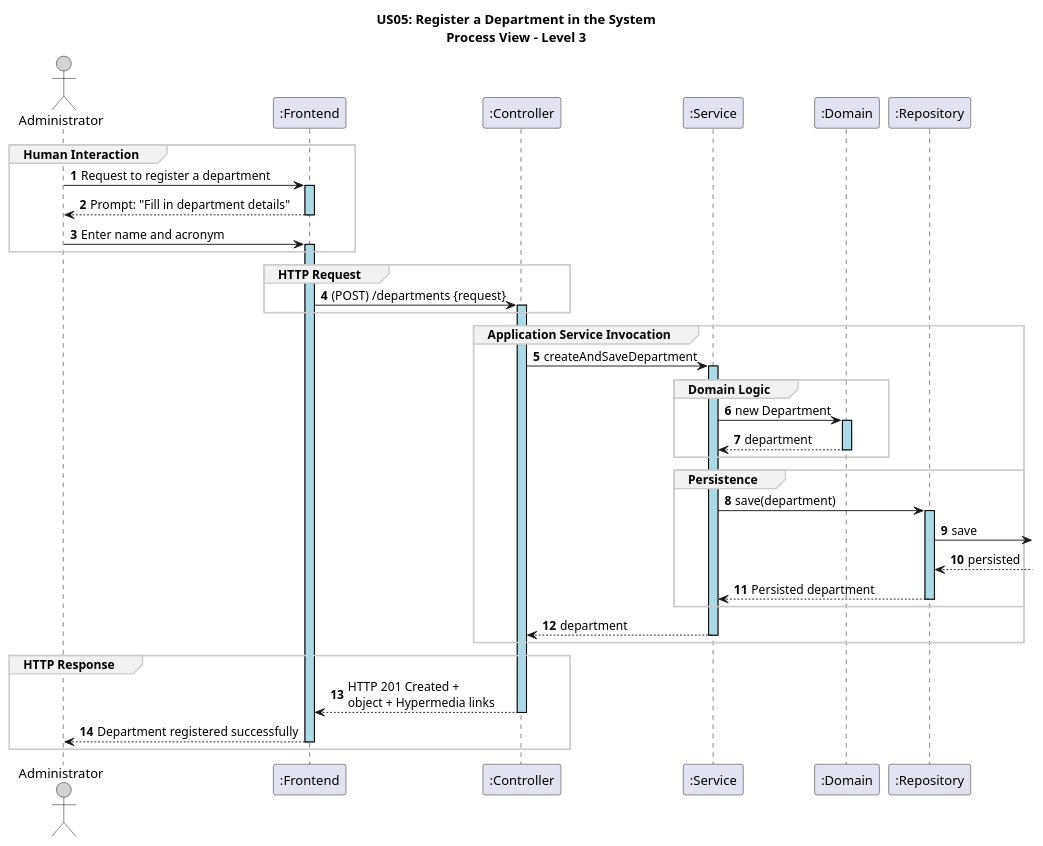
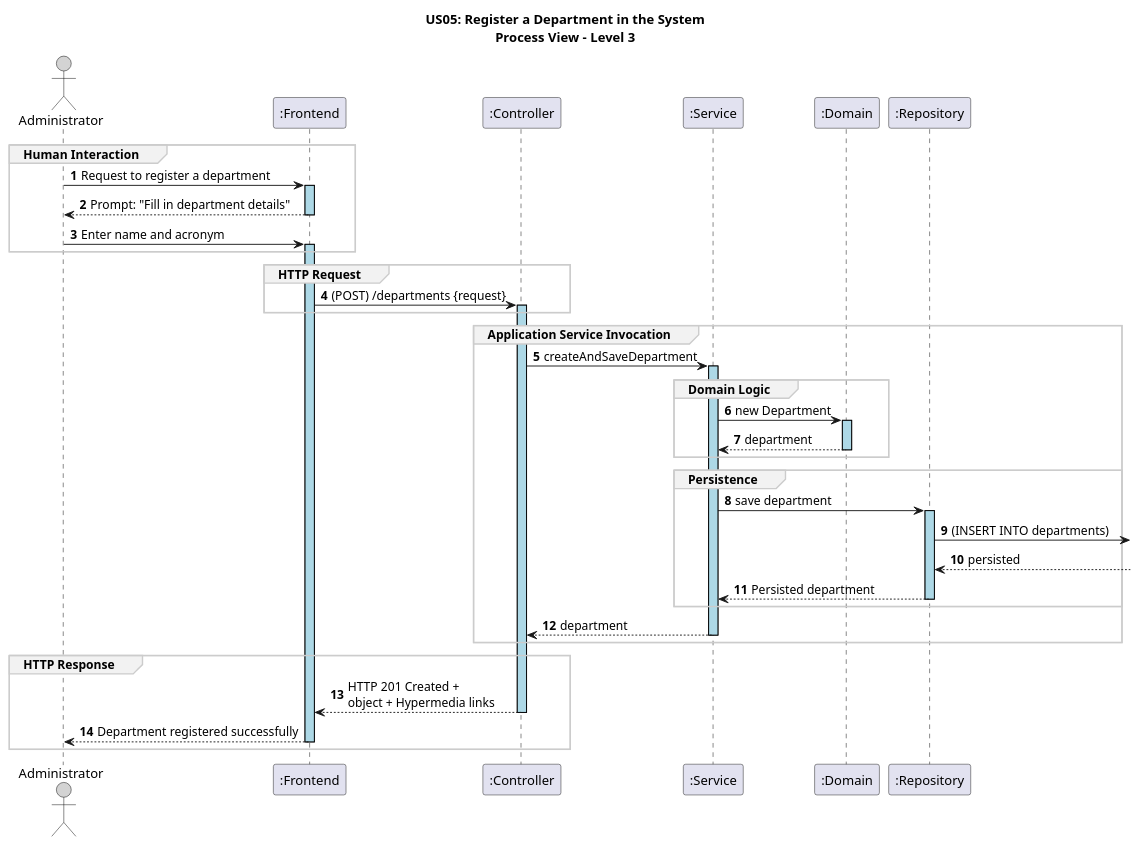
Before and after one commit to GasparISEP/DevOps-PAI: the diagram in docs/US05/sprint6_RestAPI/ProcessView/US05_RestAPI_ProcessView_Level3.puml, drawn with PlantUML. The commit also changed 2 other files, not shown here.

Commit message:
doc: minimal refactor to processView diagrams (refs #500, refs #575)

```diff
--- a/docs/US05/sprint6_RestAPI/ProcessView/US05_RestAPI_ProcessView_Level3.puml
+++ b/docs/US05/sprint6_RestAPI/ProcessView/US05_RestAPI_ProcessView_Level3.puml
@@ -1,55 +1,55 @@
 @startuml
 autonumber
 
 skinparam sequence {
     LifelineBorderColor black
     LifelineBackgroundColor LightBlue
     ActorBorderColor black
     ActorBackgroundColor LightGray
     GroupBorderColor #cccccc
     GroupBackgroundColor #f2f2f2
 }
 
 title US05: Register a Department in the System\nProcess View – Level 3
 
 actor ADM as "Administrator"
 participant ":Frontend" as FE
 participant ":Controller" as CT
 participant ":Service" as SE
 participant ":Domain" as DM
 participant ":Repository" as RE
 
 group Human Interaction
 ADM -> FE ++: Request to register a department
 FE --> ADM --: Prompt: "Fill in department details"
 ADM -> FE ++: Enter name and acronym
 end group
 
 group HTTP Request
 FE -> CT ++: (POST) /departments {request}
 end group
 
 group Application Service Invocation
 CT -> SE ++: createAndSaveDepartment
 
 group Domain Logic
 SE -> DM ++: new Department
 DM --> SE --: department
 end group
 
 group Persistence
-SE -> RE ++: save(department)
-RE -> :save
+SE -> RE ++: save department
+RE -> :(INSERT INTO departments)
 RE <-- : persisted
 RE --> SE --: Persisted department
 end group
 
 SE --> CT --: department
 end group
 
 group HTTP Response
 CT --> FE --: HTTP 201 Created + \nobject + Hypermedia links
 FE --> ADM --: Department registered successfully
 end group
 
 @enduml
```
